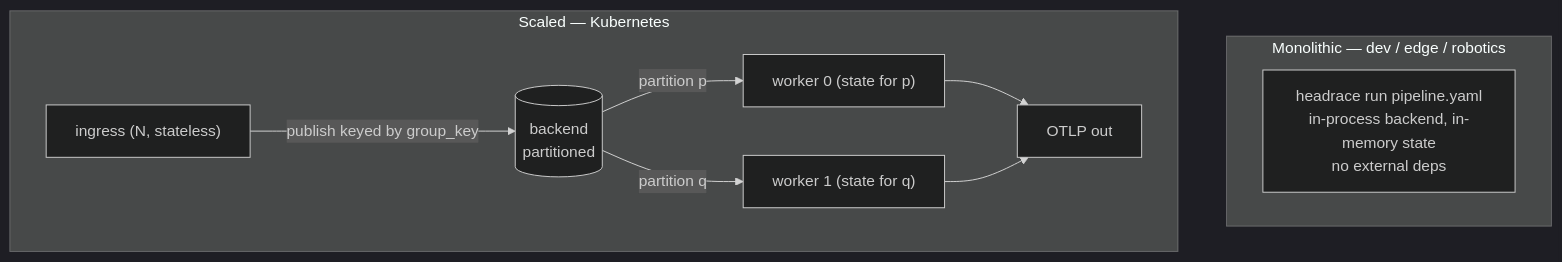
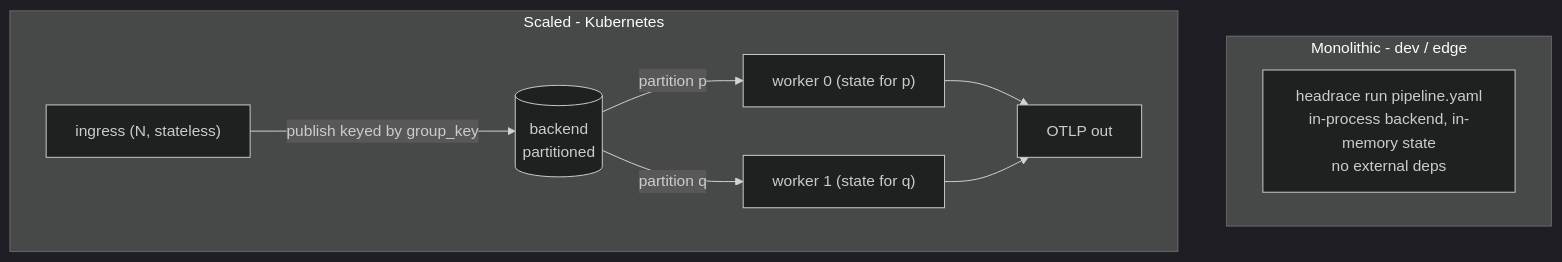
One commit to headrace-rs/headrace changed the second of 4 diagrams in DESIGN.md. Above: the diagram before and after it, drawn with Mermaid (dark theme). The commit also changed other lines of this file and 13 other files, not shown here.

````diff
--- a/DESIGN.md
+++ b/DESIGN.md
@@ -47,13 +47,13 @@
 ```mermaid
 flowchart TB
-  subgraph mono[Monolithic — dev / edge / robotics]
+  subgraph mono[Monolithic - dev / edge]
     m["headrace run pipeline.yaml<br/>in-process backend, in-memory state<br/>no external deps"]
   end
-  subgraph scaled[Scaled — Kubernetes]
+  subgraph scaled[Scaled - Kubernetes]
     i["ingress (N, stateless)"] -->|publish keyed by group_key| b[(backend<br/>partitioned)]
     b -->|partition p| w0["worker 0 (state for p)"]
     b -->|partition q| w1["worker 1 (state for q)"]
     w0 --> o[OTLP out]
     w1 --> o
   end
 ```
````
